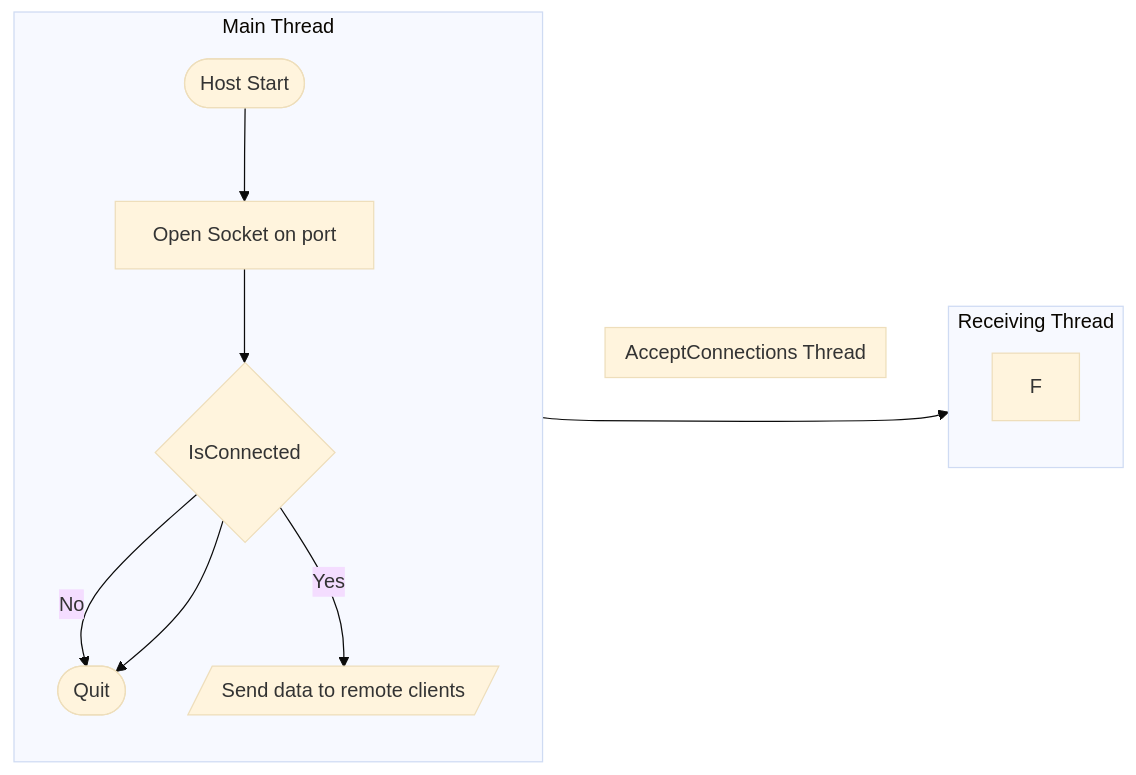
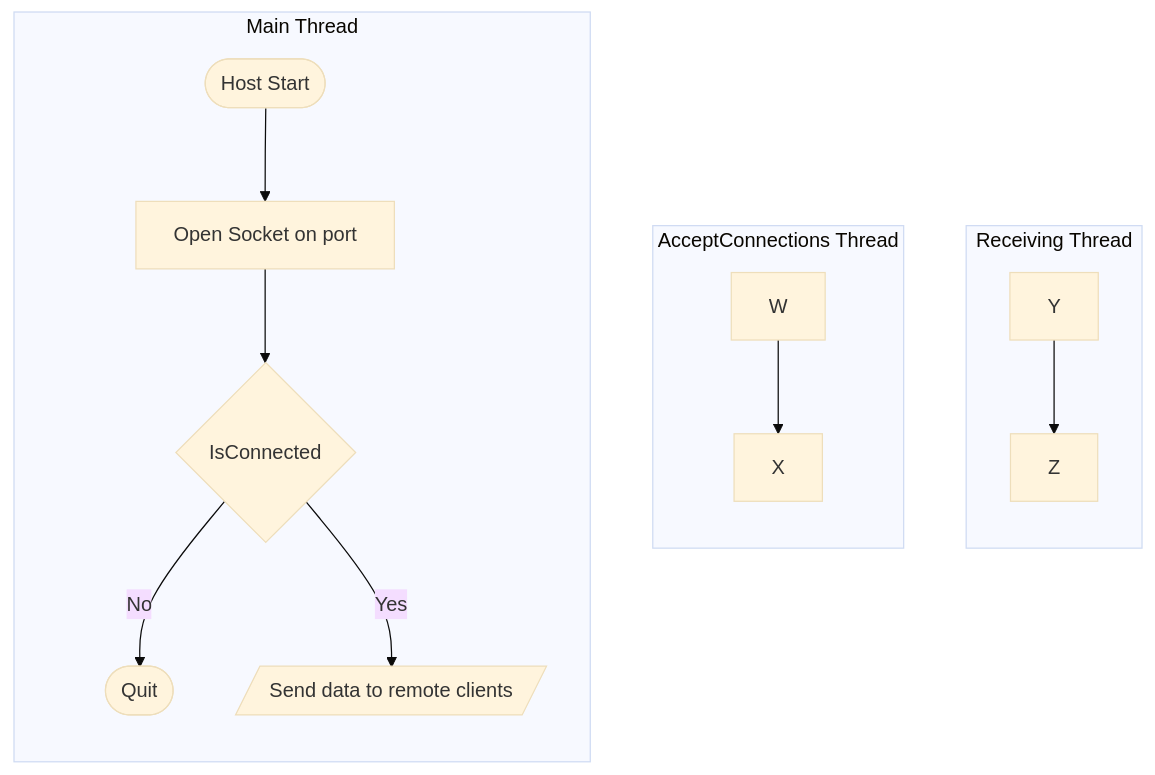
Before and after one commit to GMcMichael/ThornNetworking: the diagram in README.md, drawn with Mermaid (base theme).

````diff
--- a/README.md
+++ b/README.md
@@ -1,19 +1,19 @@
 ```mermaid
 flowchart LR
   mt ~~~ act ~~~ rt
   subgraph mt [Main Thread]
     direction TB
     A([Host Start])-->B[Open Socket on port]
     B-->C{IsConnected}
     C-- No -->D([Quit])
     C-- Yes -->E[/Send data to remote clients/]
   end
   subgraph act [AcceptConnections Thread]
     direction TB
-    C-->D
+    W-->X
   end
   subgraph rt [Receiving Thread]
     direction TB
-    E-->F
+    Y-->Z
   end
 ```
````
